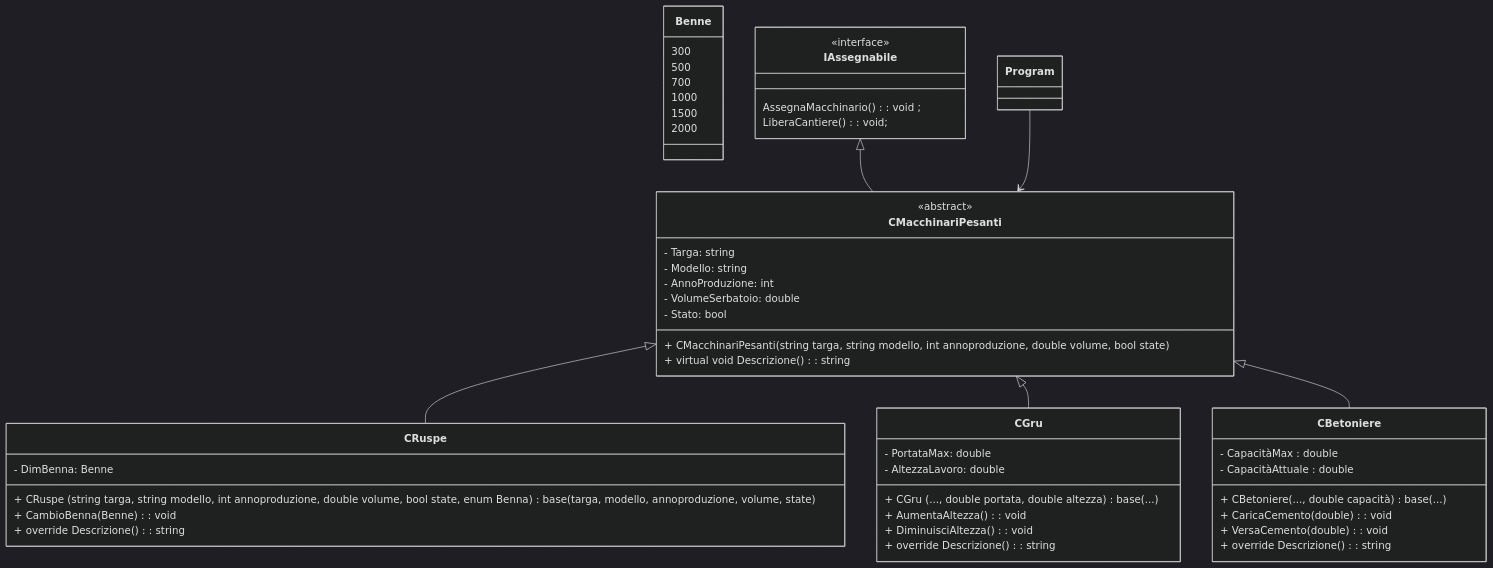
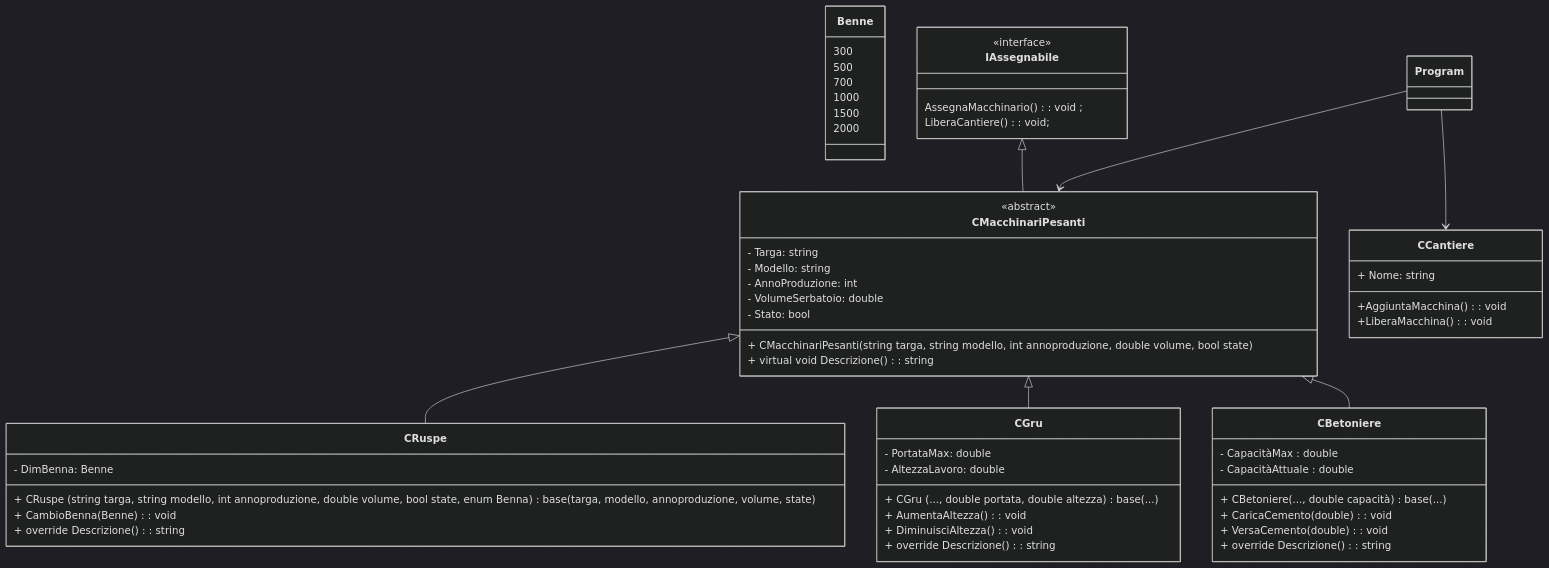
Before and after one commit to Loren-France/VisualStudio_C-_4BII_2026-2027: the diagram in esGestioneMacchinari/esGestioneMacchinariUML.md, drawn with Mermaid (dark theme). The commit also changed 1 other file, not shown here.

Commit message:
Cambio UML

````diff
--- a/esGestioneMacchinari/esGestioneMacchinariUML.md
+++ b/esGestioneMacchinari/esGestioneMacchinariUML.md
@@ -1,68 +1,76 @@
 ```mermaid
 classDiagram
 
     %% CLASSI PRINCIPALI
     class CMacchinariPesanti {
         <<abstract>>
         - Targa: string
         - Modello: string
         - AnnoProduzione: int
         - VolumeSerbatoio: double
         - Stato: bool
 
         + CMacchinariPesanti(string targa, string modello, int annoproduzione, double volume, bool state)
         + virtual void Descrizione() : string
     }
 
     class Benne {
         300
         500
         700
         1000
         1500
         2000
     }
 
     class CRuspe {
         - DimBenna: Benne
 
         + CRuspe (string targa, string modello, int annoproduzione, double volume, bool state, enum Benna) : base(targa, modello, annoproduzione, volume, state)
         + CambioBenna(Benne) : void
         + override Descrizione() : string
     }
 
     class CGru {
         - PortataMax: double
         - AltezzaLavoro: double
 
         + CGru (..., double portata, double altezza) : base(...)
         + AumentaAltezza() : void
         + DiminuisciAltezza() : void
         + override Descrizione() : string
     }
 
     class CBetoniere {
         - CapacitàMax : double
         - CapacitàAttuale : double
 
         + CBetoniere(..., double capacità) : base(...)
         + CaricaCemento(double) : void
         + VersaCemento(double) : void 
         + override Descrizione() : string
     }
 
     class IAssegnabile {
         <<interface>>
         AssegnaMacchinario() : void ;
         LiberaCantiere() : void;
     }
 
+    class CCantiere{
+        + Nome: string
+
+        +AggiuntaMacchina(): void
+        +LiberaMacchina(): void
+    }
+
     %% EREDITARIETÀ
     IAssegnabile <|-- CMacchinariPesanti
     CMacchinariPesanti <|-- CRuspe
     CMacchinariPesanti <|-- CGru
     CMacchinariPesanti <|-- CBetoniere
 
     %% Program usa le classi ma non le possiede
     Program --> CMacchinariPesanti
+    Program --> CCantiere
 ```
````
